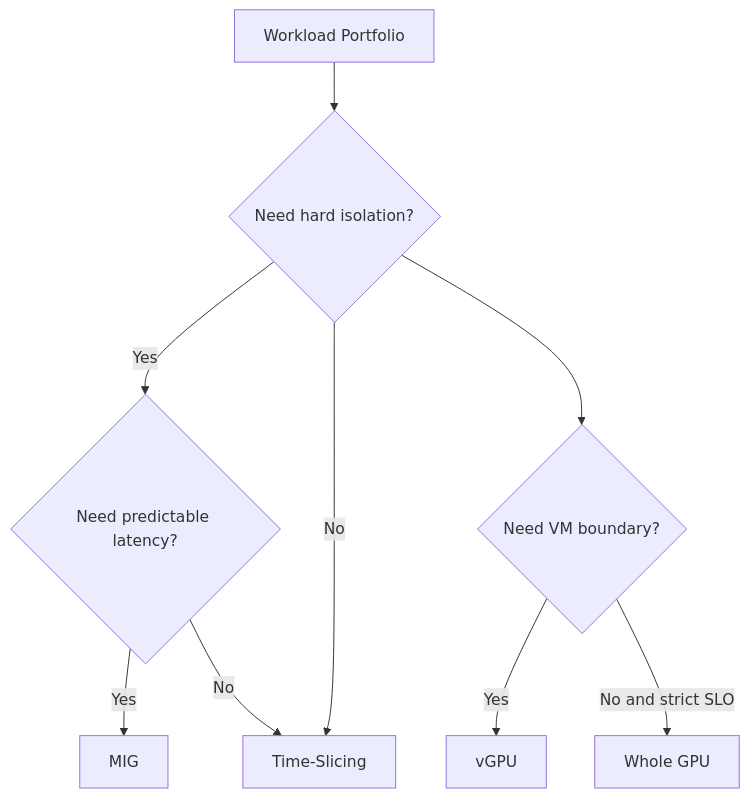
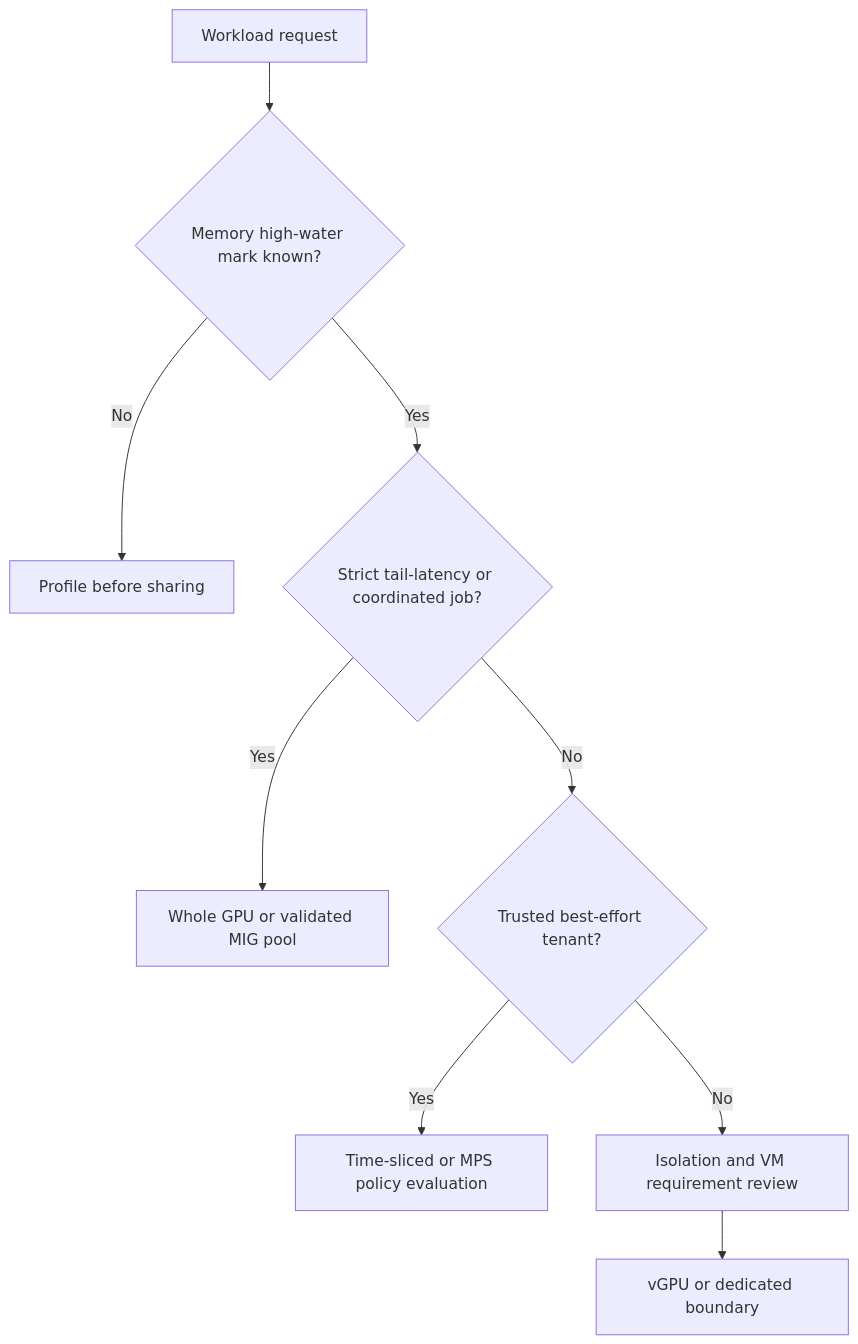
The diagram in docs/nvidia-zero-to-hero/volume-11/chapter-01-why-gpu-sharing-exists.md (jithinpnjm/nvidia-devops), drawn with Mermaid before and after one commit. The commit also changed other lines of this file and 4 other files, not shown here.

````diff
--- a/docs/nvidia-zero-to-hero/volume-11/chapter-01-why-gpu-sharing-exists.md
+++ b/docs/nvidia-zero-to-hero/volume-11/chapter-01-why-gpu-sharing-exists.md
@@ -26,20 +34,11 @@
 ```mermaid
 flowchart TD
-    Workloads[Workload Portfolio]
-    Need{Need hard isolation?}
-    Predict{Need predictable latency?}
-    VM{Need VM boundary?}
-    MIG[MIG]
-    Time[Time-Slicing]
-    VGPU[vGPU]
-    Whole[Whole GPU]
-
-    Workloads --> Need
-    Need -->|Yes| Predict
-    Need -->|No| Time
-    Predict -->|Yes| MIG
-    Predict -->|No| Time
-    Need --> VM
-    VM -->|Yes| VGPU
-    VM -->|No and strict SLO| Whole
+    R[Workload request] --> M{Memory high-water mark known?}
+    M -->|No| P[Profile before sharing]
+    M -->|Yes| L{Strict tail-latency or coordinated job?}
+    L -->|Yes| E[Whole GPU or validated MIG pool]
+    L -->|No| T{Trusted best-effort tenant?}
+    T -->|Yes| S[Time-sliced or MPS policy evaluation]
+    T -->|No| I[Isolation and VM requirement review]
+    I --> V[vGPU or dedicated boundary]
 ```
````
